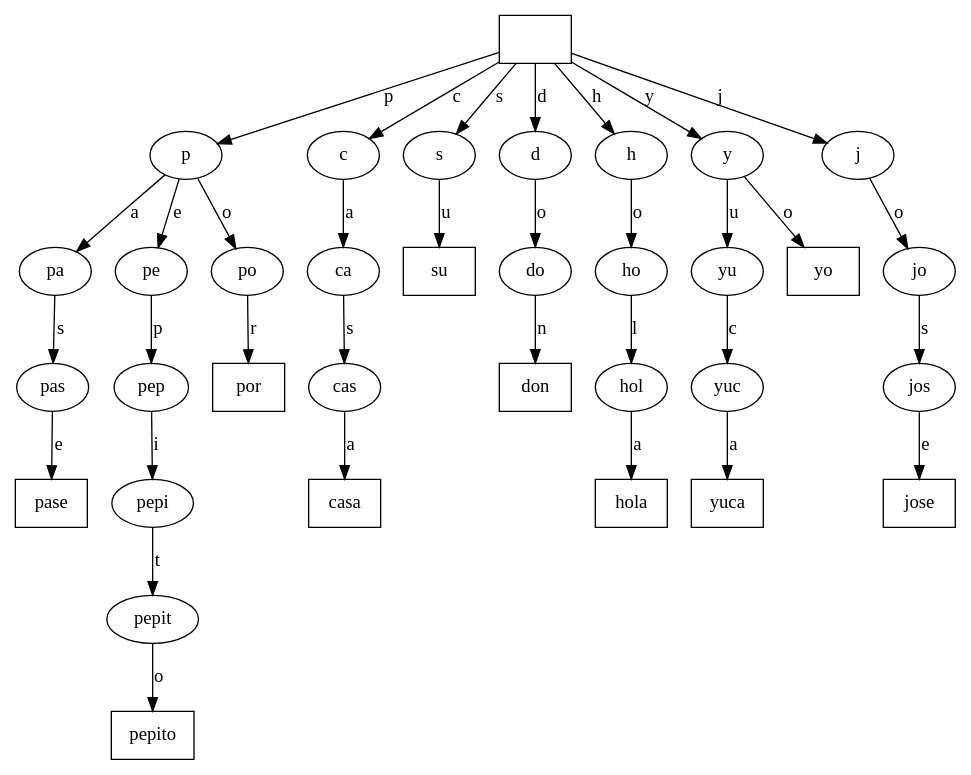
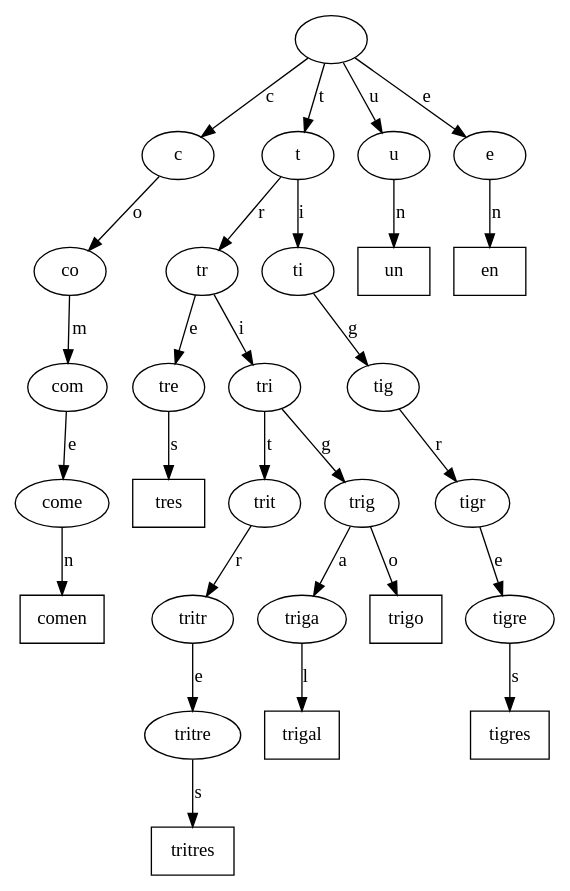
One commit to kathmoralest/MTTrie changed the diagram in ED-Proyecto--P2-V2/resources/graphImage/files/trie.dot. Above: the diagram before and after it, drawn with Graphviz. The commit also changed 3 other files, not shown here.

```diff
--- a/ED-Proyecto--P2-V2/resources/graphImage/files/trie.dot
+++ b/ED-Proyecto--P2-V2/resources/graphImage/files/trie.dot
@@ -1,46 +1,37 @@
 digraph Trie {
-"" [shape=box];
-"" -> "p" [label="p"];
-"p" -> "pa" [label="a"];
-"pa" -> "pas" [label="s"];
-"pas" -> "pase" [label="e"];
-"pase" [shape=box];
-"p" -> "pe" [label="e"];
-"pe" -> "pep" [label="p"];
-"pep" -> "pepi" [label="i"];
-"pepi" -> "pepit" [label="t"];
-"pepit" -> "pepito" [label="o"];
-"pepito" [shape=box];
-"p" -> "po" [label="o"];
-"po" -> "por" [label="r"];
-"por" [shape=box];
 "" -> "c" [label="c"];
-"c" -> "ca" [label="a"];
-"ca" -> "cas" [label="s"];
-"cas" -> "casa" [label="a"];
-"casa" [shape=box];
-"" -> "s" [label="s"];
-"s" -> "su" [label="u"];
-"su" [shape=box];
-"" -> "d" [label="d"];
-"d" -> "do" [label="o"];
-"do" -> "don" [label="n"];
-"don" [shape=box];
-"" -> "h" [label="h"];
-"h" -> "ho" [label="o"];
-"ho" -> "hol" [label="l"];
-"hol" -> "hola" [label="a"];
-"hola" [shape=box];
-"" -> "y" [label="y"];
-"y" -> "yu" [label="u"];
-"yu" -> "yuc" [label="c"];
-"yuc" -> "yuca" [label="a"];
-"yuca" [shape=box];
-"y" -> "yo" [label="o"];
-"yo" [shape=box];
-"" -> "j" [label="j"];
-"j" -> "jo" [label="o"];
-"jo" -> "jos" [label="s"];
-"jos" -> "jose" [label="e"];
-"jose" [shape=box];
+"c" -> "co" [label="o"];
+"co" -> "com" [label="m"];
+"com" -> "come" [label="e"];
+"come" -> "comen" [label="n"];
+"comen" [shape=box];
+"" -> "t" [label="t"];
+"t" -> "tr" [label="r"];
+"tr" -> "tre" [label="e"];
+"tre" -> "tres" [label="s"];
+"tres" [shape=box];
+"tr" -> "tri" [label="i"];
+"tri" -> "trit" [label="t"];
+"trit" -> "tritr" [label="r"];
+"tritr" -> "tritre" [label="e"];
+"tritre" -> "tritres" [label="s"];
+"tritres" [shape=box];
+"tri" -> "trig" [label="g"];
+"trig" -> "triga" [label="a"];
+"triga" -> "trigal" [label="l"];
+"trigal" [shape=box];
+"trig" -> "trigo" [label="o"];
+"trigo" [shape=box];
+"t" -> "ti" [label="i"];
+"ti" -> "tig" [label="g"];
+"tig" -> "tigr" [label="r"];
+"tigr" -> "tigre" [label="e"];
+"tigre" -> "tigres" [label="s"];
+"tigres" [shape=box];
+"" -> "u" [label="u"];
+"u" -> "un" [label="n"];
+"un" [shape=box];
+"" -> "e" [label="e"];
+"e" -> "en" [label="n"];
+"en" [shape=box];
 }
```
